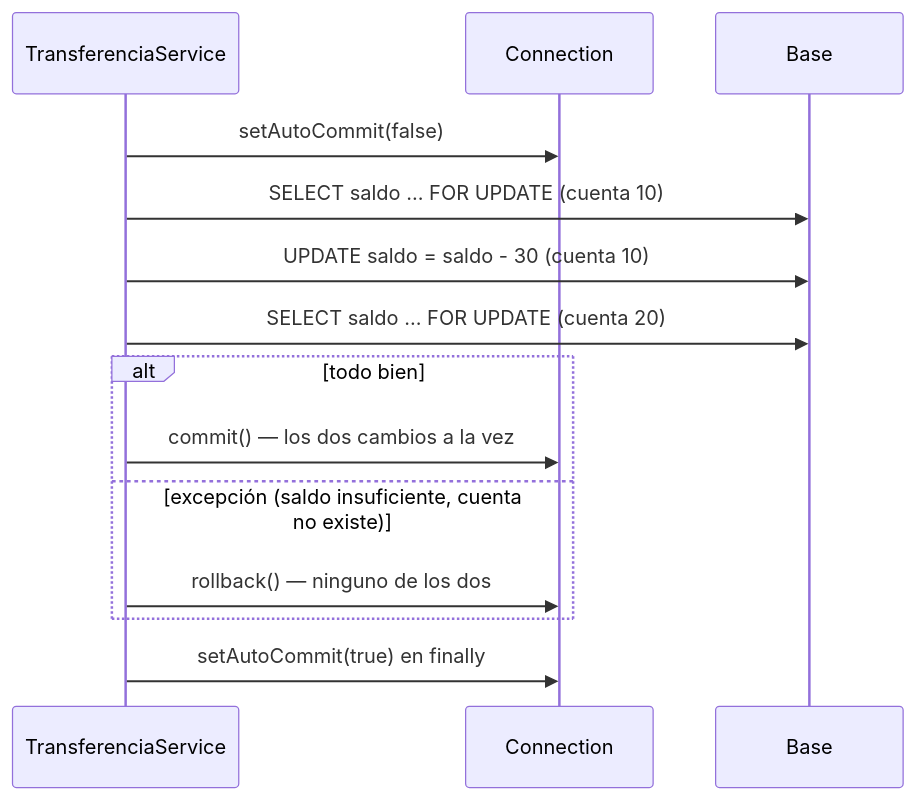
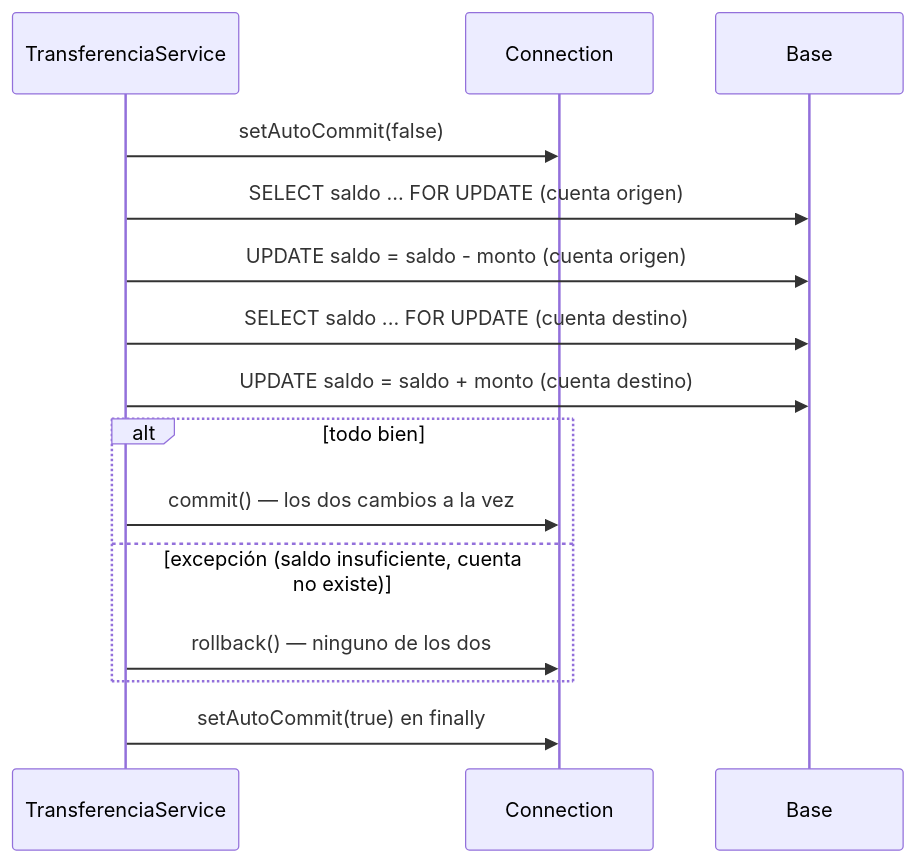
The second of 2 diagrams in web/public/content/java/modulo-17.md (NICORUIZ93/The_Imperial_Book), drawn with Mermaid before and after one commit. The commit also changed other lines of this file and 65 other files, not shown here.

````diff
--- a/web/public/content/java/modulo-17.md
+++ b/web/public/content/java/modulo-17.md
@@ -1077,16 +1185,17 @@
 ```mermaid
 sequenceDiagram
   participant S as TransferenciaService
   participant C as Connection
   participant B as Base
   S->>C: setAutoCommit(false)
-  S->>B: SELECT saldo ... FOR UPDATE (cuenta 10)
-  S->>B: UPDATE saldo = saldo - 30 (cuenta 10)
-  S->>B: SELECT saldo ... FOR UPDATE (cuenta 20)
+  S->>B: SELECT saldo ... FOR UPDATE (cuenta origen)
+  S->>B: UPDATE saldo = saldo - monto (cuenta origen)
+  S->>B: SELECT saldo ... FOR UPDATE (cuenta destino)
+  S->>B: UPDATE saldo = saldo + monto (cuenta destino)
   alt todo bien
     S->>C: commit() — los dos cambios a la vez
   else excepción (saldo insuficiente, cuenta no existe)
     S->>C: rollback() — ninguno de los dos
   end
   S->>C: setAutoCommit(true) en finally
 ```
````
